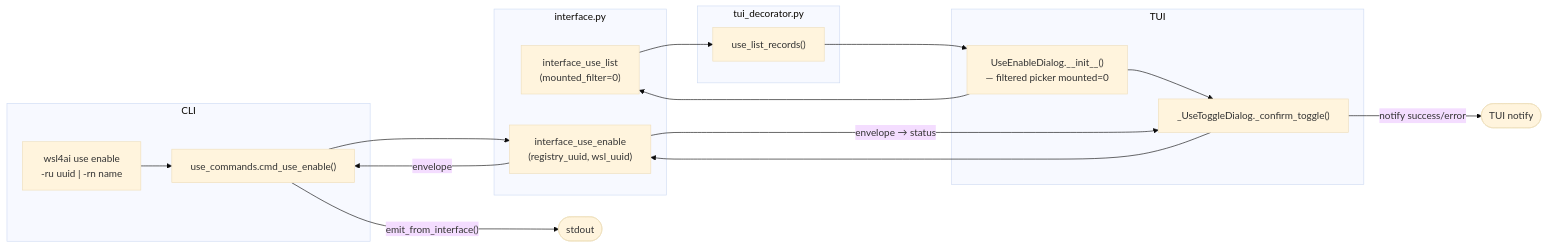
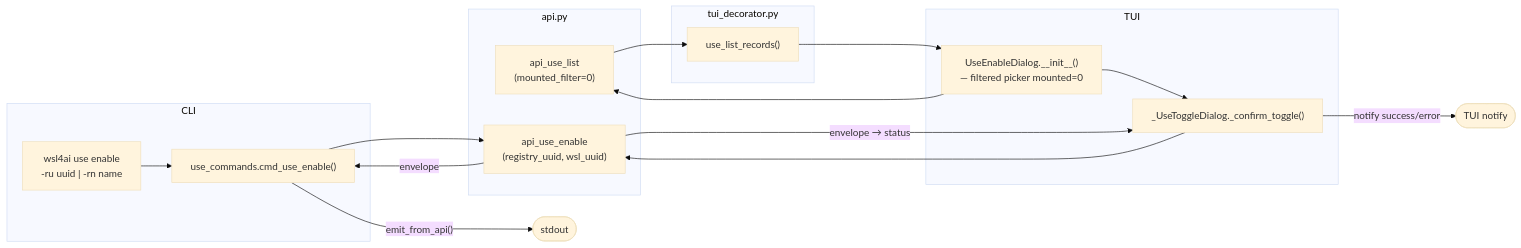
Before and after one commit to rmompo/wsl4ai: the fourth of 6 diagrams in specs/tool/specs-use.md, drawn with Mermaid (base theme). The commit also changed other lines of this file and 20 other files, not shown here.

First line of the commit message:
v1.6.3: rename interface.py → api.py, interface_* → api_*

````diff
--- a/specs/tool/specs-use.md
+++ b/specs/tool/specs-use.md
@@ -223,28 +223,28 @@
 ```mermaid
 flowchart LR
     subgraph CLI
         ue["wsl4ai use enable\n-ru uuid | -rn name"]
         cmd["use_commands.cmd_use_enable()"]
         ue --> cmd
     end
-    subgraph Interface["interface.py"]
-        iface_list["interface_use_list\n(mounted_filter=0)"]
-        iface_en["interface_use_enable\n(registry_uuid, wsl_uuid)"]
+    subgraph Interface["api.py"]
+        iface_list["api_use_list\n(mounted_filter=0)"]
+        iface_en["api_use_enable\n(registry_uuid, wsl_uuid)"]
     end
     subgraph TUI
         dlg_init["UseEnableDialog.__init__()\n— filtered picker mounted=0"]
         dlg_tog["_UseToggleDialog._confirm_toggle()"]
         dlg_init --> dlg_tog
     end
     subgraph TUI_Dec["tui_decorator.py"]
         rec["use_list_records()"]
     end
 
     cmd --> iface_en
     dlg_init --> iface_list --> rec --> dlg_init
     dlg_tog --> iface_en
     iface_en -->|"envelope"| cmd
     iface_en -->|"envelope → status"| dlg_tog
-    cmd -->|"emit_from_interface()"| stdout([stdout])
+    cmd -->|"emit_from_api()"| stdout([stdout])
     dlg_tog -->|"notify success/error"| ui([TUI notify])
 ```
````
